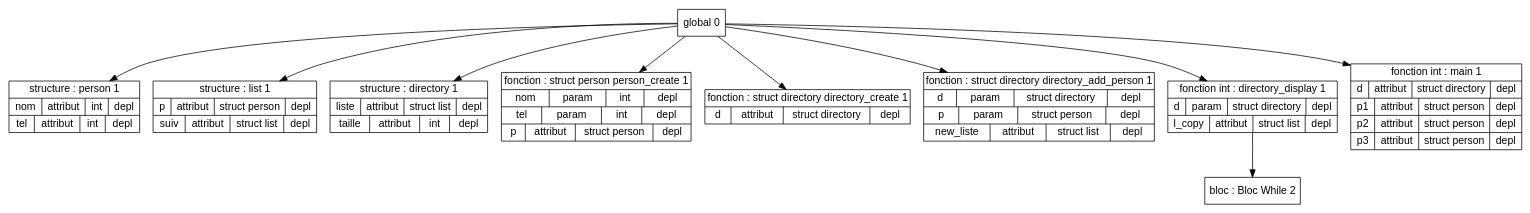
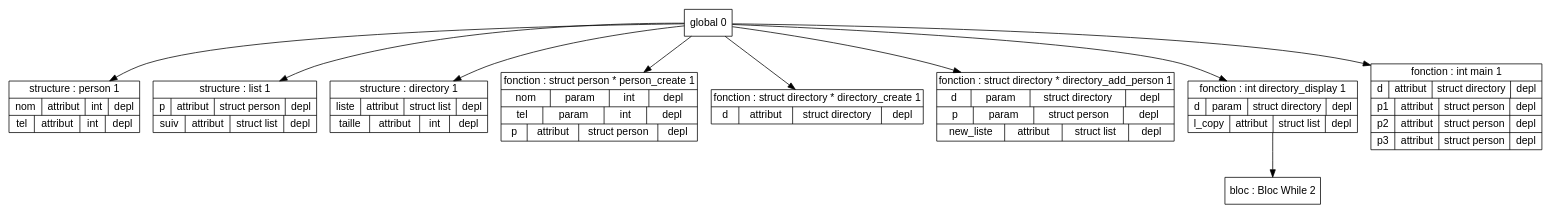
Before and after one commit to Hamza-ABDOULHOUSSEN/compil: the diagram in Code/out/tds/dot/Test_Semantique/annuaire.dot, drawn with Graphviz. The commit also changed 7 other files, not shown here.

```diff
--- a/Code/out/tds/dot/Test_Semantique/annuaire.dot
+++ b/Code/out/tds/dot/Test_Semantique/annuaire.dot
@@ -1,64 +1,64 @@
 digraph "tds"{
 
 	node [fontname="Arial"];
 
 	N1 [shape=record label="{ structure : person 1
 	| { nom | attribut | int | depl }
 	| { tel | attribut | int | depl }
 	}"];
 
 	N2 [shape=record label="{ structure : list 1
 	| { p | attribut | struct person | depl }
 	| { suiv | attribut | struct list | depl }
 	}"];
 
 	N3 [shape=record label="{ structure : directory 1
 	| { liste | attribut | struct list | depl }
 	| { taille | attribut | int | depl }
 	}"];
 
-	N4 [shape=record label="{ fonction : struct person person_create 1
+	N4 [shape=record label="{ fonction : struct person * person_create 1
 	| { nom | param | int | depl }
 	| { tel | param | int | depl }
 	| { p | attribut | struct person | depl }
 	}"];
 
-	N5 [shape=record label="{ fonction : struct directory directory_create 1
+	N5 [shape=record label="{ fonction : struct directory * directory_create 1
 	| { d | attribut | struct directory | depl }
 	}"];
 
-	N6 [shape=record label="{ fonction : struct directory directory_add_person 1
+	N6 [shape=record label="{ fonction : struct directory * directory_add_person 1
 	| { d | param | struct directory | depl }
 	| { p | param | struct person | depl }
 	| { new_liste | attribut | struct list | depl }
 	}"];
 
 	N8 [shape=record label="{ bloc : Bloc While  2
 	}"];
 
-	N7 [shape=record label="{ fonction int : directory_display 1
+	N7 [shape=record label="{ fonction : int directory_display 1
 	| { d | param | struct directory | depl }
 	| { l_copy | attribut | struct list | depl }
 	}"];
 
-	N9 [shape=record label="{ fonction int : main 1
+	N9 [shape=record label="{ fonction : int main 1
 	| { d | attribut | struct directory | depl }
 	| { p1 | attribut | struct person | depl }
 	| { p2 | attribut | struct person | depl }
 	| { p3 | attribut | struct person | depl }
 	}"];
 
 	N0 [shape=record label="{ global 0
 	}"];
 
 
 	N0 -> N1; 
 	N0 -> N2; 
 	N0 -> N3; 
 	N0 -> N4; 
 	N0 -> N5; 
 	N0 -> N6; 
 	N0 -> N7; 
 	N7 -> N8; 
 	N0 -> N9; 
 }
```
